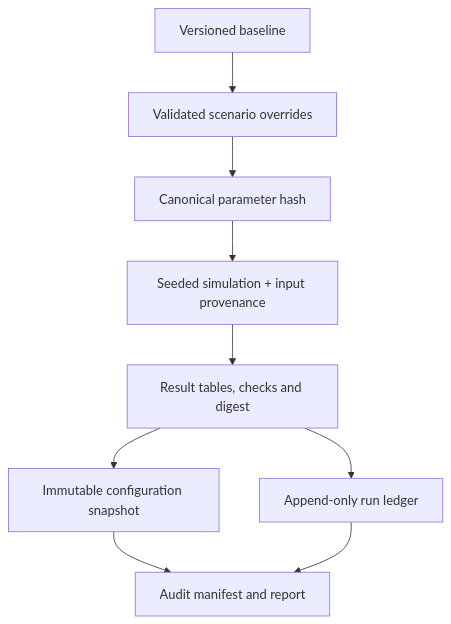
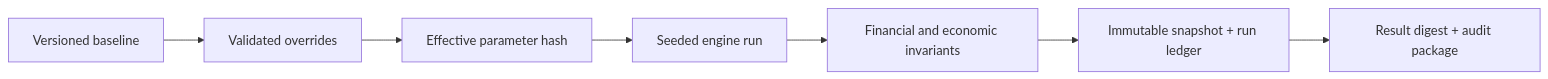
One commit to userifw/fightex-economic-simulation-architecture changed the first of 2 diagrams in docs/REPRODUCIBILITY.md. Above: the diagram before and after it, drawn with Mermaid. The commit also changed other lines of this file, not shown here.

Commit message:
docs: align docs/REPRODUCIBILITY.md with version-isolated MCP architecture

````diff
--- a/docs/REPRODUCIBILITY.md
+++ b/docs/REPRODUCIBILITY.md
@@ -7,11 +7,9 @@
 ```mermaid
-flowchart TD
-  A["Versioned baseline"] --> B["Validated scenario overrides"]
-  B --> C["Canonical parameter hash"]
-  C --> D["Seeded simulation + input provenance"]
-  D --> E["Result tables, checks and digest"]
-  E --> F["Immutable configuration snapshot"]
-  E --> G["Append-only run ledger"]
-  F --> H["Audit manifest and report"]
-  G --> H
+flowchart LR
+  BASE["Versioned baseline"] --> CONFIG["Validated overrides"]
+  CONFIG --> HASH["Effective parameter hash"]
+  HASH --> RUN["Seeded engine run"]
+  RUN --> CHECK["Financial and economic invariants"]
+  CHECK --> SNAP["Immutable snapshot + run ledger"]
+  SNAP --> DIGEST["Result digest + audit package"]
 ```
````
